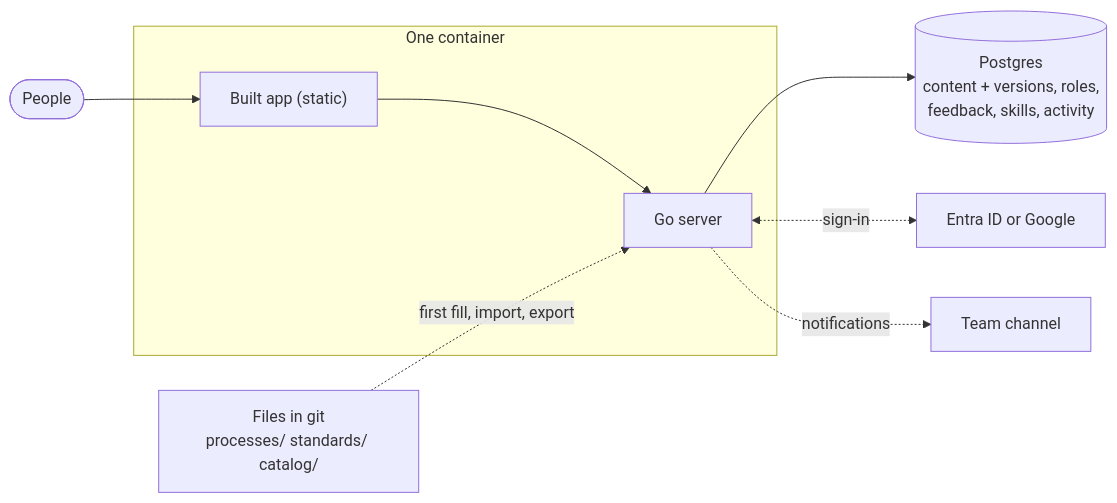
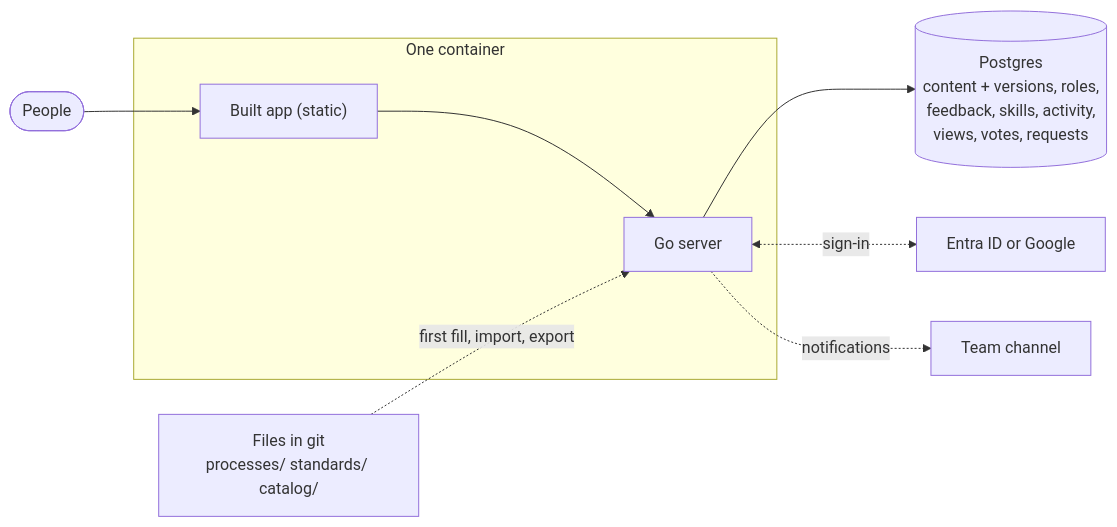
The diagram in docs/backend.md (kubek80/process-manager), drawn with Mermaid before and after one commit. The commit also changed other lines of this file and 2 other files, not shown here.

First line of the commit message:
Work in progress: server side of views, bookmarks, upvotes, requests and statistics; list pages

````diff
--- a/docs/backend.md
+++ b/docs/backend.md
@@ -5,12 +5,12 @@
 ```mermaid
 flowchart LR
   people(["People"]) --> app["Built app (static)"] --> server["Go server"]
   subgraph image["One container"]
     app
     server
   end
-  server --> db[("Postgres<br/>content + versions, roles,<br/>feedback, skills, activity")]
+  server --> db[("Postgres<br/>content + versions, roles,<br/>feedback, skills, activity,<br/>views, votes, requests")]
   server <-. "sign-in" .-> idp["Entra ID or Google"]
   server -. "notifications" .-> chat["Team channel"]
   seed["Files in git<br/>processes/ standards/ catalog/"] -. "first fill, import, export" .-> server
 ```
````
